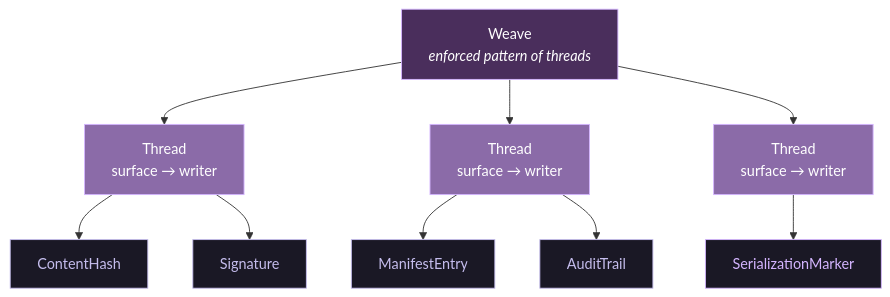
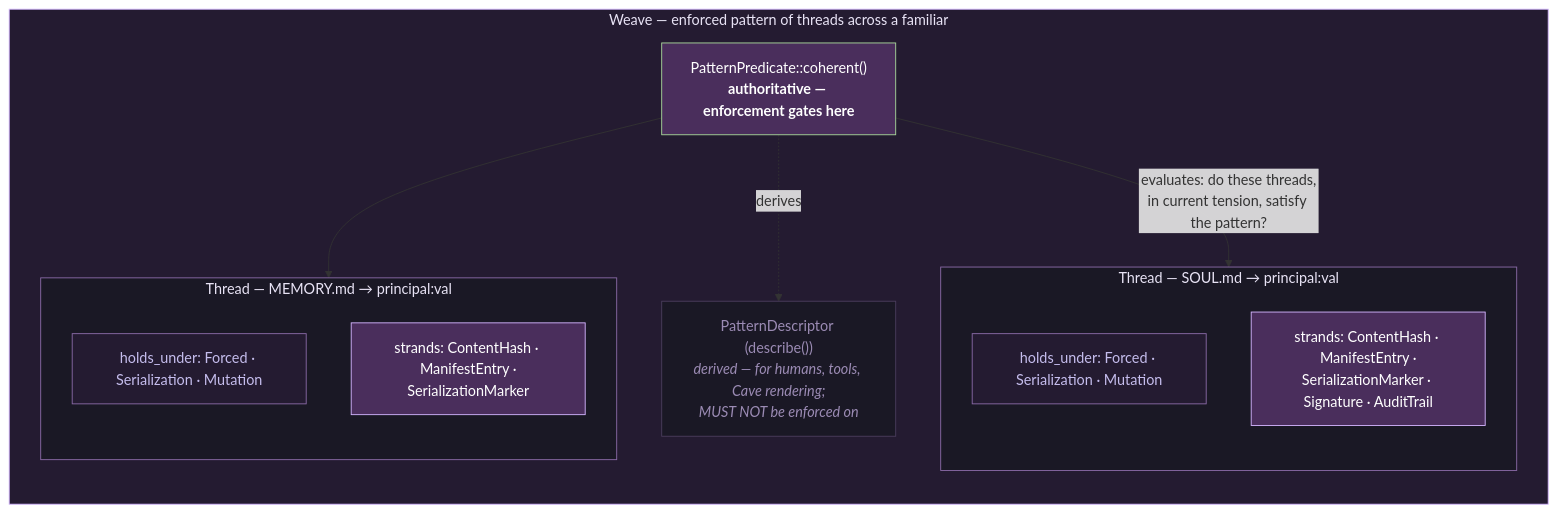
The diagram in docs/diagrams/src/weave-thread-strand.mmd (OpenCoven/coven-threads), drawn with Mermaid before and after one commit. The commit also changed 18 other files, not shown here.

```diff
--- a/docs/diagrams/src/weave-thread-strand.mmd
+++ b/docs/diagrams/src/weave-thread-strand.mmd
@@ -1,27 +1,40 @@
+%% weave-thread-strand — the vocabulary as the types actually relate:
+%% a Weave carries an authoritative PatternPredicate (its descriptor is
+%% derived, never enforced on — §2.2 anti-pattern) and N threads; each
+%% thread is one (surface → writer) pair with holds_under channels and a
+%% Vec of strands drawn from the five frozen kinds (NOT one kind per
+%% thread).
+%% Source of truth: PHASE-0-DESIGN.md §2.1–§2.3;
+%% crates/coven-threads-core/src/{weave.rs,thread.rs,strand.rs,pattern.rs}.
+%% Form: containment subgraphs; dashed derive edge for the anti-pattern.
 flowchart TB
-  W["Weave<br/><i>enforced pattern of threads</i>"]
-  T1["Thread<br/>surface → writer"]
-  T2["Thread<br/>surface → writer"]
-  T3["Thread<br/>surface → writer"]
-  S1["ContentHash"]
-  S2["Signature"]
-  S3["ManifestEntry"]
-  S4["AuditTrail"]
-  S5["SerializationMarker"]
-  W --> T1
-  W --> T2
-  W --> T3
-  T1 --> S1
-  T1 --> S2
-  T2 --> S3
-  T2 --> S4
-  T3 --> S5
-  style W fill:#4A2E5C,stroke:#D4B5FF,color:#fff
-  style T1 fill:#8B6BA8,stroke:#D4B5FF,color:#fff
-  style T2 fill:#8B6BA8,stroke:#D4B5FF,color:#fff
-  style T3 fill:#8B6BA8,stroke:#D4B5FF,color:#fff
-  style S1 fill:#1A1825,stroke:#C5BDED,color:#C5BDED
-  style S2 fill:#1A1825,stroke:#C5BDED,color:#C5BDED
-  style S3 fill:#1A1825,stroke:#C5BDED,color:#C5BDED
-  style S4 fill:#1A1825,stroke:#C5BDED,color:#C5BDED
-  style S5 fill:#1A1825,stroke:#D4B5FF,color:#D4B5FF
+  subgraph WV["Weave — enforced pattern of threads across a familiar"]
+    direction TB
+    PP["PatternPredicate::coherent()<br/><b>authoritative — enforcement gates here</b>"]
+    PD["PatternDescriptor (describe())<br/><i>derived — for humans, tools, Cave rendering;<br/>MUST NOT be enforced on</i>"]
+    PP -.->|derives| PD
+
+    subgraph T1["Thread — SOUL.md → principal:val"]
+      direction TB
+      H1["holds_under: Forced · Serialization · Mutation"]
+      T1S["strands: ContentHash · ManifestEntry ·<br/>SerializationMarker · Signature · AuditTrail"]
+    end
+    subgraph T2["Thread — MEMORY.md → principal:val"]
+      direction TB
+      H2["holds_under: Forced · Serialization · Mutation"]
+      T2S["strands: ContentHash · ManifestEntry ·<br/>SerializationMarker"]
+    end
+
+    PP -->|"evaluates: do these threads,<br/>in current tension, satisfy the pattern?"| T1
+    PP --> T2
+  end
+
+  style WV fill:#241B31,stroke:#D4B5FF,color:#E8E3F5
+  style PP fill:#4A2E5C,stroke:#A8D89A,color:#FFFFFF
+  style PD fill:#1A1825,stroke:#4A3D5C,color:#9B8BB4
+  style T1 fill:#1A1825,stroke:#8B6BA8,color:#E8E3F5
+  style T2 fill:#1A1825,stroke:#8B6BA8,color:#E8E3F5
+  style H1 fill:#241B31,stroke:#8B6BA8,color:#C5BDED
+  style H2 fill:#241B31,stroke:#8B6BA8,color:#C5BDED
+  style T1S fill:#4A2E5C,stroke:#D4B5FF,color:#FFFFFF
+  style T2S fill:#4A2E5C,stroke:#D4B5FF,color:#FFFFFF
```
